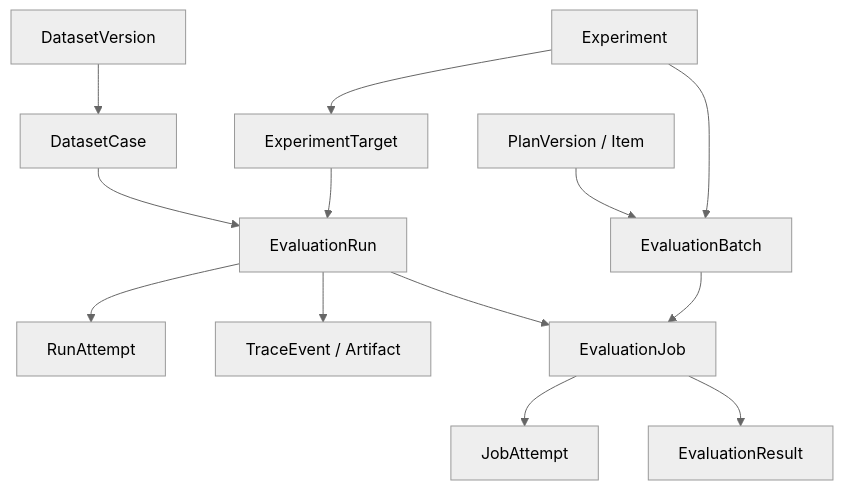
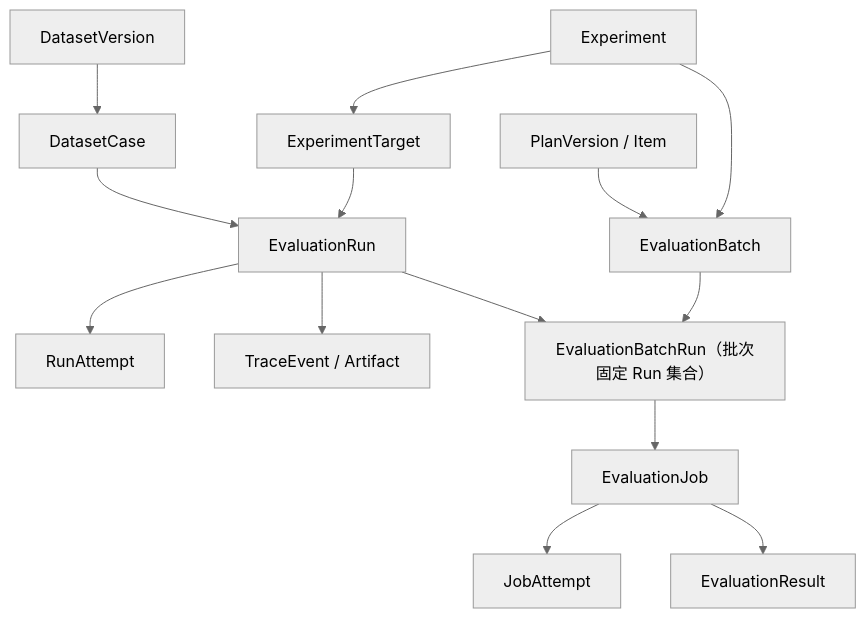
Before and after one commit to goodddGrades/RepoPilot: the diagram in docs/architecture/02-domain-model.md, drawn with Mermaid (neutral theme). The commit also changed other lines of this file and 15 other files, not shown here.

````diff
--- a/docs/architecture/02-domain-model.md
+++ b/docs/architecture/02-domain-model.md
@@ -5,15 +5,16 @@
 ```mermaid
 flowchart TD
   D["DatasetVersion"] --> C["DatasetCase"]
   X["Experiment"] --> T["ExperimentTarget"]
   X --> B["EvaluationBatch"]
   T --> R["EvaluationRun"]
   C --> R
   R --> A["RunAttempt"]
   R --> E["TraceEvent / Artifact"]
   P["PlanVersion / Item"] --> B
-  B --> J["EvaluationJob"]
-  R --> J
+  B --> BR["EvaluationBatchRun（批次固定 Run 集合）"]
+  R --> BR
+  BR --> J["EvaluationJob"]
   J --> JA["JobAttempt"]
   J --> V["EvaluationResult"]
 ```
````
